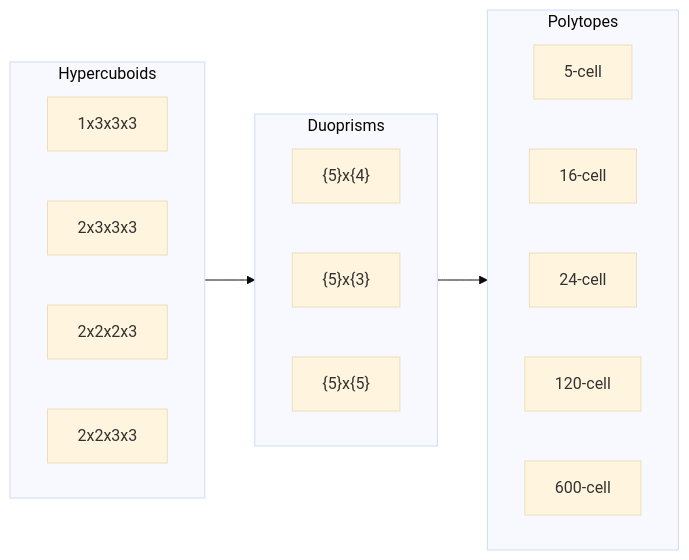
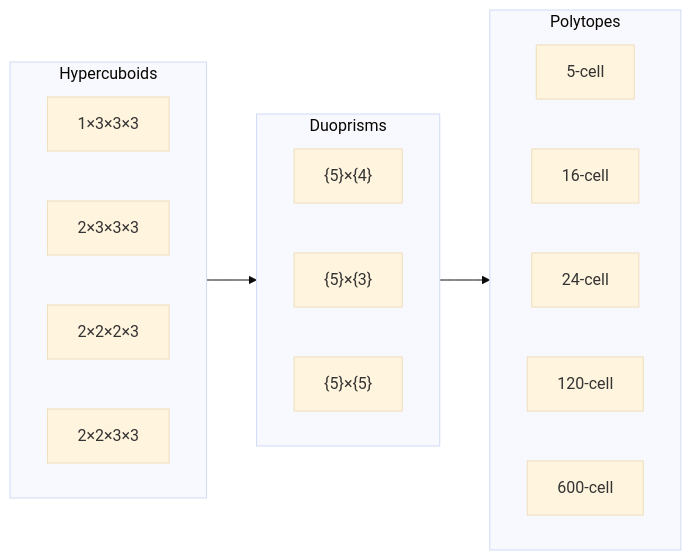
The second of 4 diagrams in docs/progression.md (Hypercubers/hypercubing.xyz), drawn with Mermaid (base theme) before and after one commit. The commit also changed other lines of this file and 47 other files, not shown here.

````diff
--- a/docs/progression.md
+++ b/docs/progression.md
@@ -31,28 +34,28 @@
 ```mermaid
 flowchart LR
     Hypercuboids --> Duoprisms --> Polytopes
 
     subgraph Polytopes
     direction LR
     Q[5-cell]
     R[16-cell]
     S[24-cell]
     T[120-cell]
     U[600-cell]
     end
 
     subgraph Duoprisms
     direction LR
-    Z["{5}x{4}"]
-    Y["{5}x{3}"]
-    X["{5}x{5}"]
+    Z["{5}×{4}"]
+    Y["{5}×{3}"]
+    X["{5}×{5}"]
     end
 
     subgraph Hypercuboids
     direction LR
-    D[1x3x3x3]
-    E[2x3x3x3]
-    F[2x2x2x3]
-    G[2x2x3x3]
+    D[1×3×3×3]
+    E[2×3×3×3]
+    F[2×2×2×3]
+    G[2×2×3×3]
     end
 ```
````
